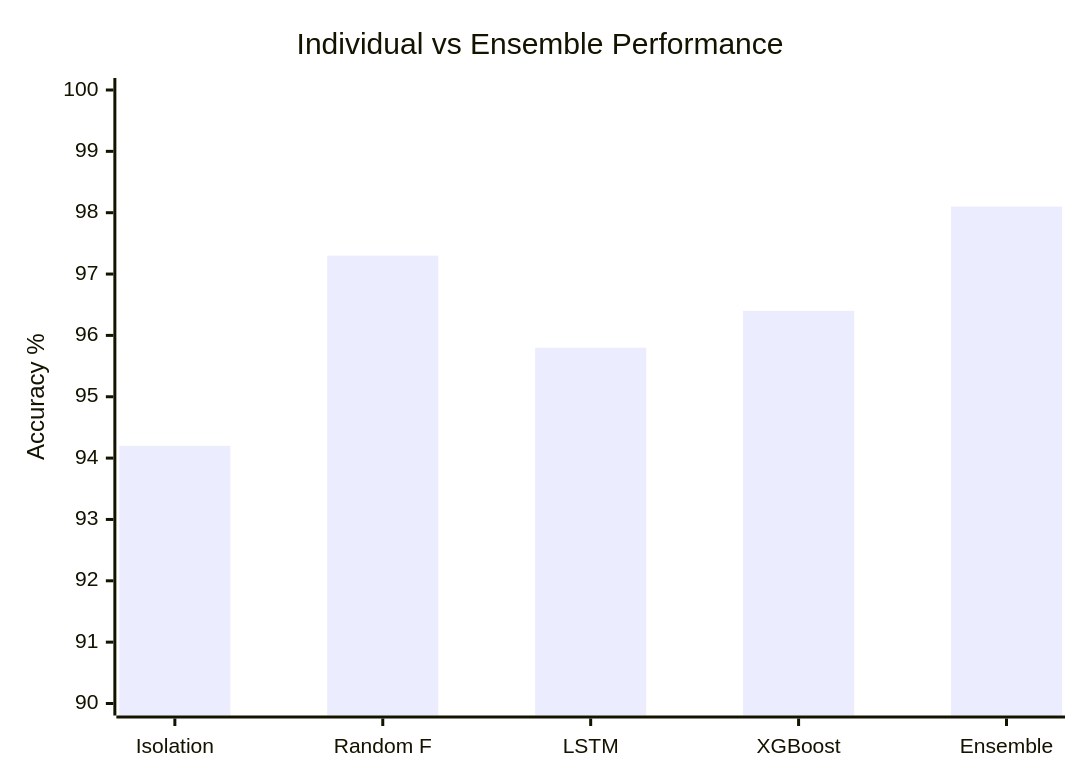
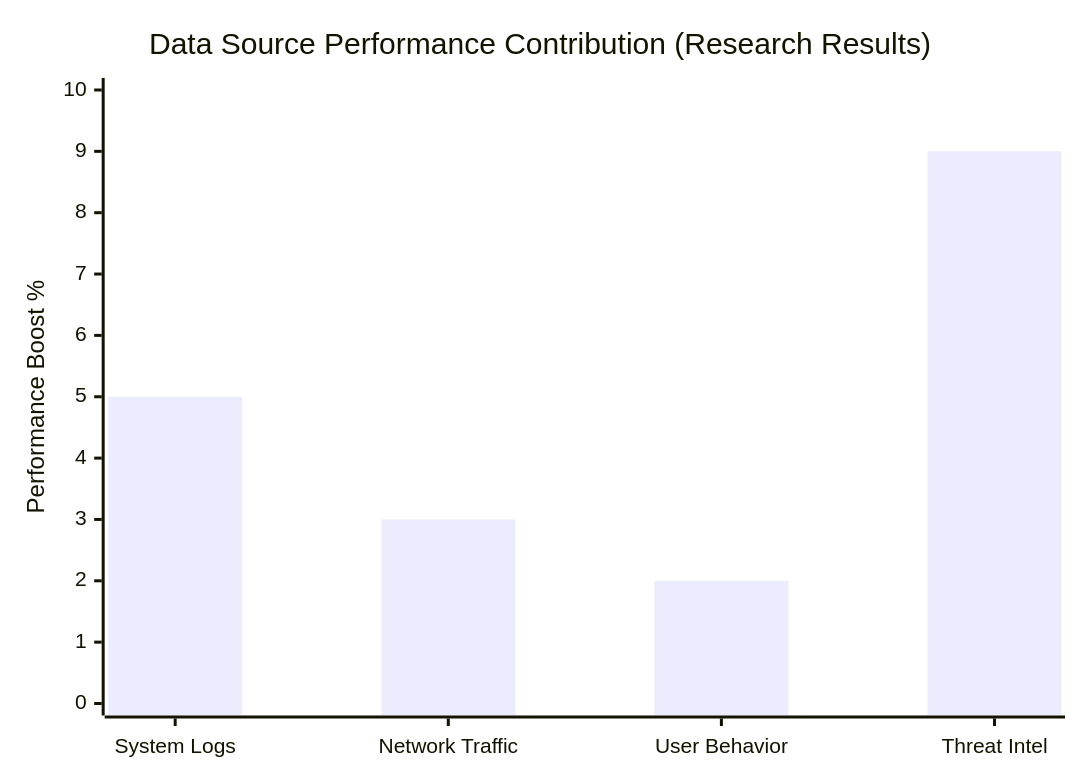
Before and after one commit to nes10r/BigDataProject: the seventh of 7 diagrams in MODEL_ANALYSIS.md, drawn with Mermaid. The commit also changed other lines of this file and 1 other file, not shown here.

````diff
--- a/MODEL_ANALYSIS.md
+++ b/MODEL_ANALYSIS.md
@@ -635,7 +409,7 @@
 ```mermaid
 xychart-beta
-    title "Individual vs Ensemble Performance"
-    x-axis ["Isolation", "Random F", "LSTM", "XGBoost", "Ensemble"]
-    y-axis "Accuracy %" 90 --> 100
-    bar [94.2, 97.3, 95.8, 96.4, 98.1]
+    title "Data Source Performance Contribution (Research Results)"
+    x-axis ["System Logs", "Network Traffic", "User Behavior", "Threat Intel"]
+    y-axis "Performance Boost %" 0 --> 10
+    bar [5, 3, 2, 9]
 ```
````
